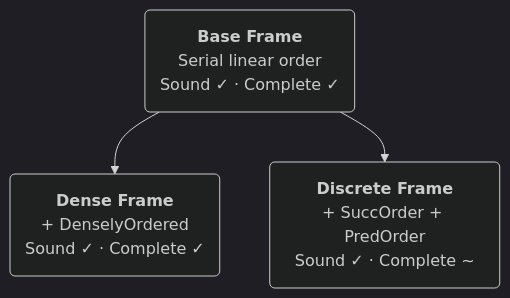
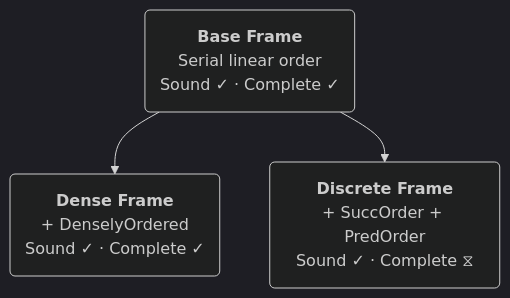
The diagram in README.md (benbrastmckie/BimodalLogic), drawn with Mermaid (dark theme) before and after one commit.

````diff
--- a/README.md
+++ b/README.md
@@ -120,9 +120,9 @@
 ```mermaid
 graph TD
     B("<b>Base Frame</b><br/>Serial linear order<br/>Sound ✓ · Complete ✓")
     D("<b>Dense Frame</b><br/>+ DenselyOrdered<br/>Sound ✓ · Complete ✓")
-    Z("<b>Discrete Frame</b><br/>+ SuccOrder + PredOrder<br/>Sound ✓ · Complete ~")
+    Z("<b>Discrete Frame</b><br/>+ SuccOrder + PredOrder<br/>Sound ✓ · Complete ⧖")
 
     B --> D
     B --> Z
 ```
````
